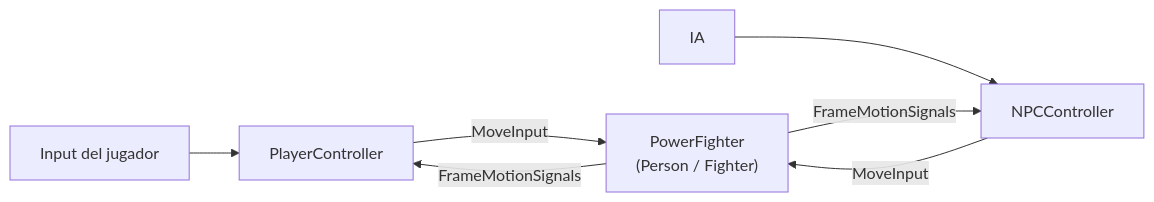
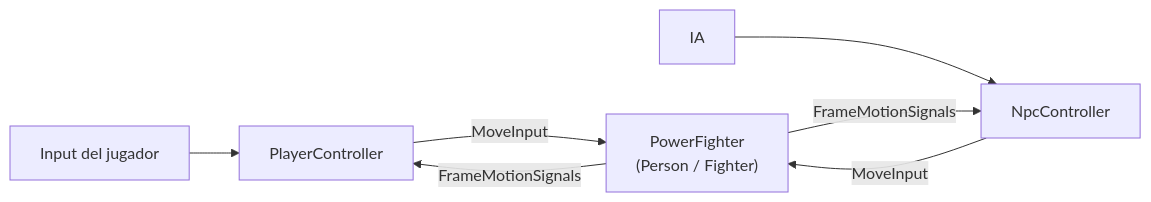
One commit to CocoMarck/SuperSmashTux changed the diagram in docs/arquitectura/nota-power-fighter-controller.md. Above: the diagram before and after it, drawn with Mermaid. The commit also changed other lines of this file and 13 other files, not shown here.

Commit message:
Actualización de documentos respecto al estado actual de NpcController.

````diff
--- a/docs/arquitectura/nota-power-fighter-controller.md
+++ b/docs/arquitectura/nota-power-fighter-controller.md
@@ -145,9 +144,9 @@
 ```mermaid
 flowchart LR
     IN["Input del jugador"] --> PC["PlayerController"]
-    AI["IA"] --> NC["NPCController"]
+    AI["IA"] --> NC["NpcController"]
     PC -->|MoveInput| P["PowerFighter<br/>(Person / Fighter)"]
     NC -->|MoveInput| P
     P -->|FrameMotionSignals| PC
     P -->|FrameMotionSignals| NC
 ```
````
